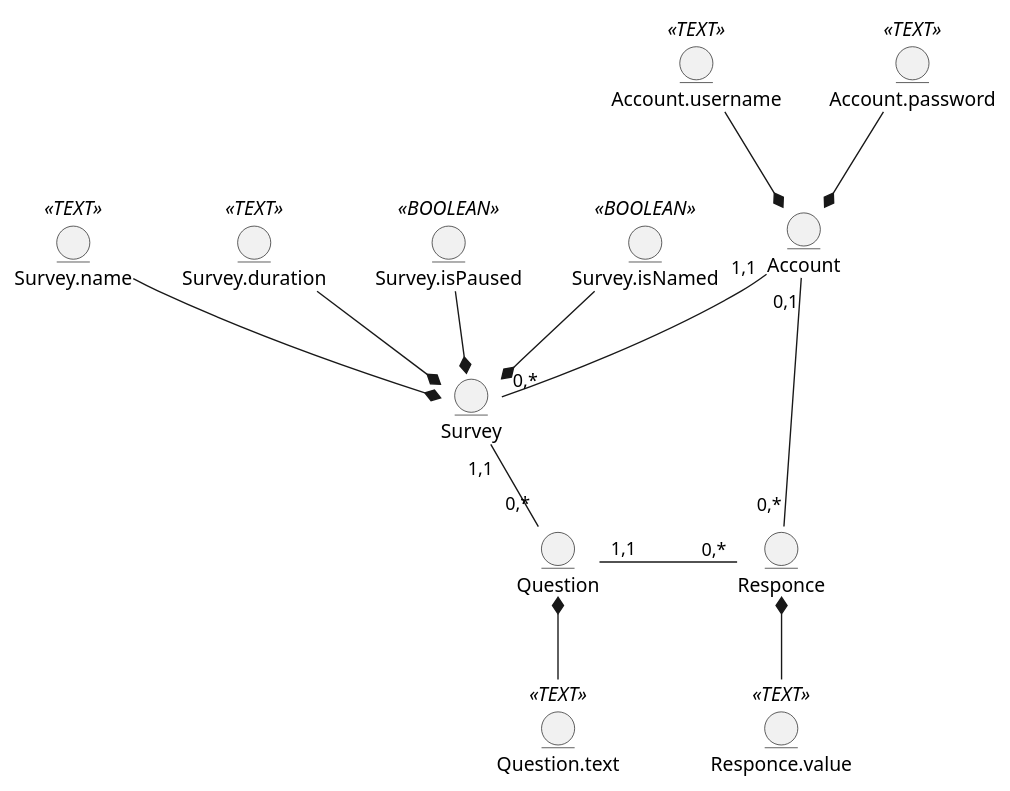
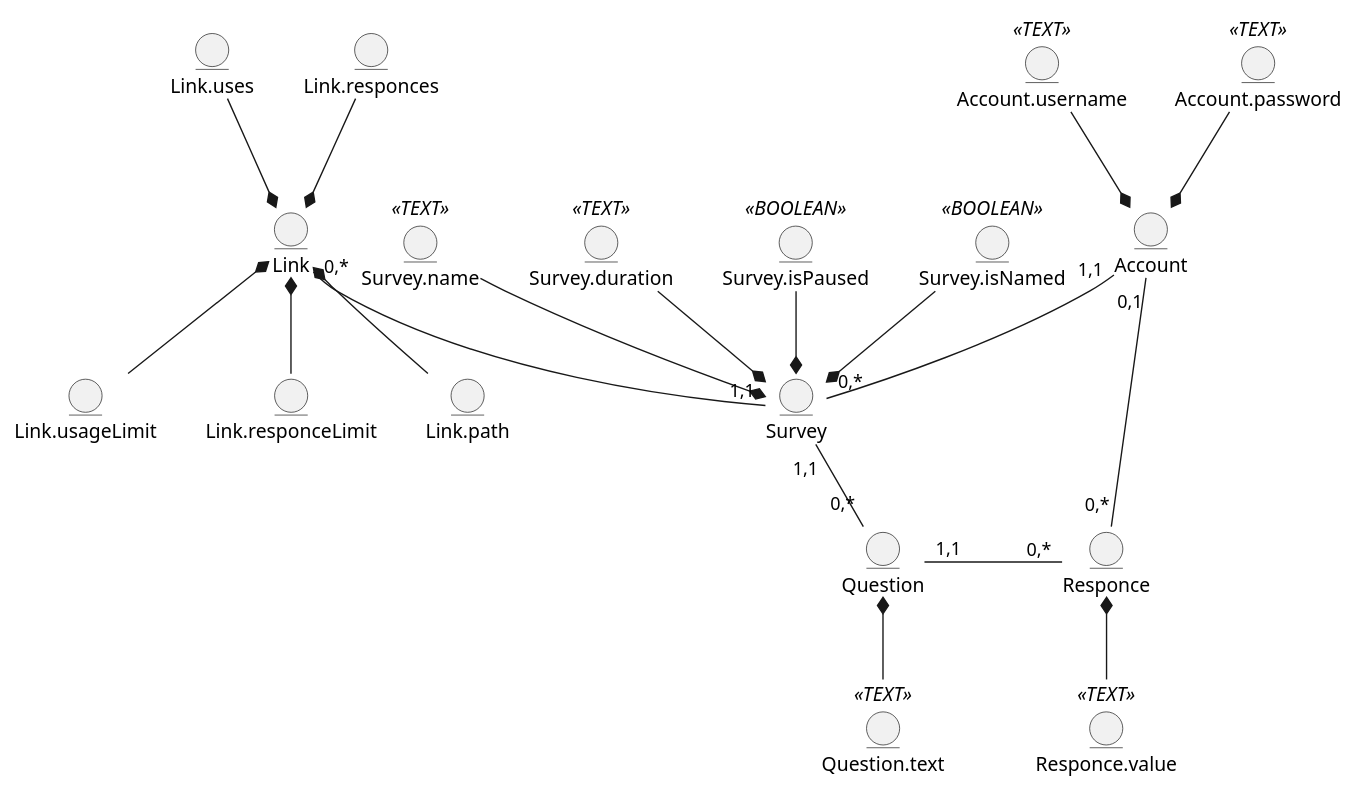
One commit to victoriavodyana/edu-dis-labs-vodyana changed the diagram in docs/design/README.md. Above: the diagram before and after it, drawn with PlantUML.

Commit message:
лаб4: додав на BE-модель інформацію про посилання

```diff
--- a/docs/design/README.md
+++ b/docs/design/README.md
@@ -12,36 +12,50 @@
 @startuml
 
 entity Account
 entity Account.username <<TEXT>>
 entity Account.password <<TEXT>>
 
 entity Survey
 entity Survey.name <<TEXT>>
 entity Survey.duration <<TEXT>>
 entity Survey.isPaused <<BOOLEAN>>
 entity Survey.isNamed <<BOOLEAN>>
 
 entity Question
 entity Question.text <<TEXT>>
 
 entity Responce
 entity Responce.value <<TEXT>>
 
+entity Link
+entity Link.usageLimit
+entity Link.responceLimit
+entity Link.uses
+entity Link.responces
+entity Link.path
+
 Account.username --* Account
 Account.password --* Account
 
 Survey.name --* Survey
 Survey.duration --* Survey
 Survey.isPaused --* Survey
 Survey.isNamed --* Survey
+
+Link.usageLimit -u-* Link
+Link.responceLimit -u-* Link
+Link.uses --* Link
+Link.responces --* Link
+Link.path -u-* Link
 
 Responce.value -u-* Responce
 
 Question.text -u-* Question
 
 Account "1,1" -- "0,*" Survey
 Survey "1,1" -- "0,*" Question
 Question "1,1" -r- "0,*" Responce
 Account "0,1" -r- "0,*" Responce
+Link "0,*" -- "1,1" Survey
 
 @enduml
```
